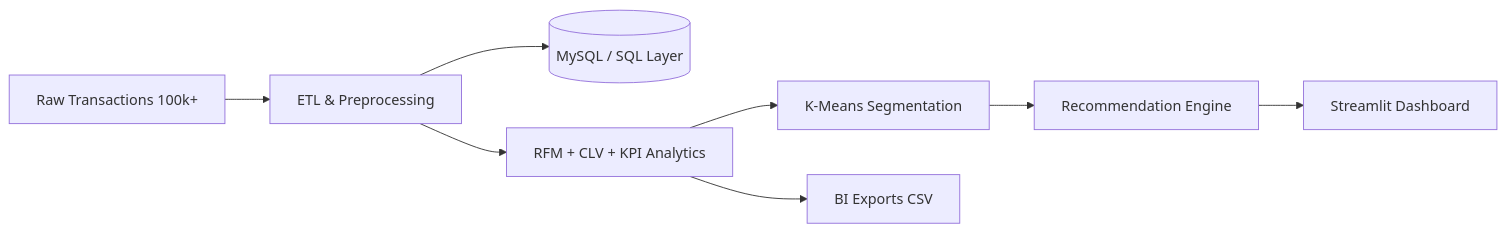
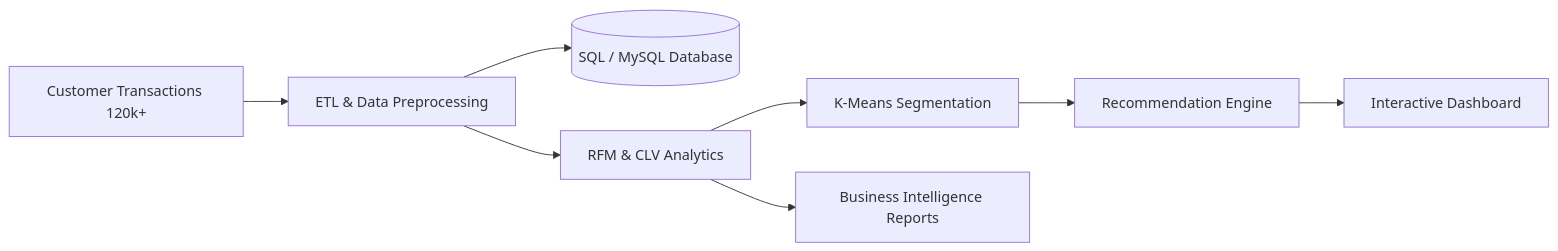
Before and after one commit to swain2003/Customer-Behavior-Analytics-and-Recommendation-System: the diagram in README.md, drawn with Mermaid. The commit also changed other lines of this file, not shown here.

````diff
--- a/README.md
+++ b/README.md
@@ -15,10 +63,10 @@
 ```mermaid
 flowchart LR
-    A[Raw Transactions 100k+] --> B[ETL & Preprocessing]
-    B --> C[(MySQL / SQL Layer)]
-    B --> D[RFM + CLV + KPI Analytics]
+    A[Customer Transactions 120k+] --> B[ETL & Data Preprocessing]
+    B --> C[(SQL / MySQL Database)]
+    B --> D[RFM & CLV Analytics]
     D --> E[K-Means Segmentation]
     E --> F[Recommendation Engine]
-    D --> G[BI Exports CSV]
-    F --> H[Streamlit Dashboard]
+    D --> G[Business Intelligence Reports]
+    F --> H[Interactive Dashboard]
 ```
````
